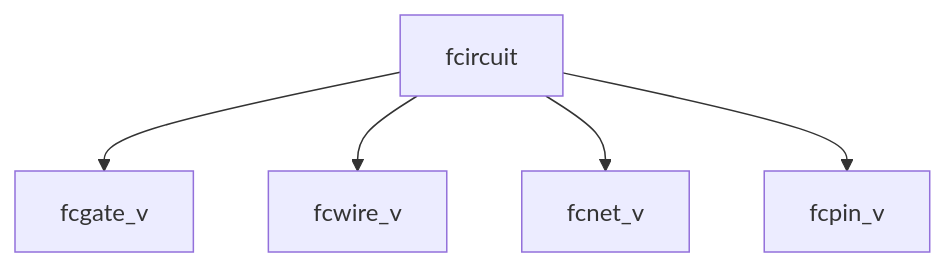
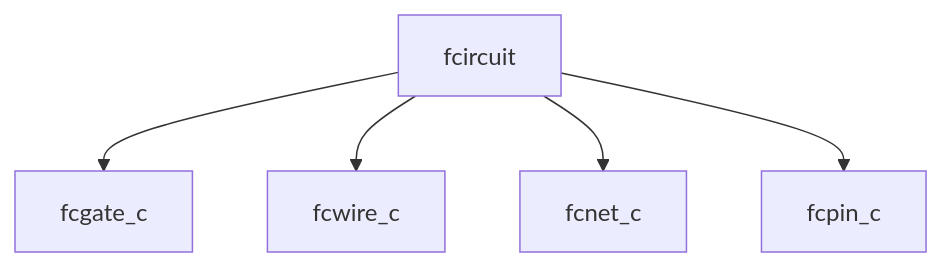
One commit to Roboticy3/flex_logic changed the diagram in &hacks/Specification/fcircuit module changes.md. Above: the diagram before and after it, drawn with Mermaid. The commit also changed other lines of this file and 4 other files, not shown here.

````diff
--- a/&hacks/Specification/fcircuit module changes.md
+++ b/&hacks/Specification/fcircuit module changes.md
@@ -7,7 +7,7 @@
 ```mermaid
 graph TD
-fcircuit --> fcgate_v
-fcircuit --> fcwire_v
-fcircuit --> fcnet_v
-fcircuit --> fcpin_v
+fcircuit --> fcgate_c
+fcircuit --> fcwire_c
+fcircuit --> fcnet_c
+fcircuit --> fcpin_c
 ```
````
